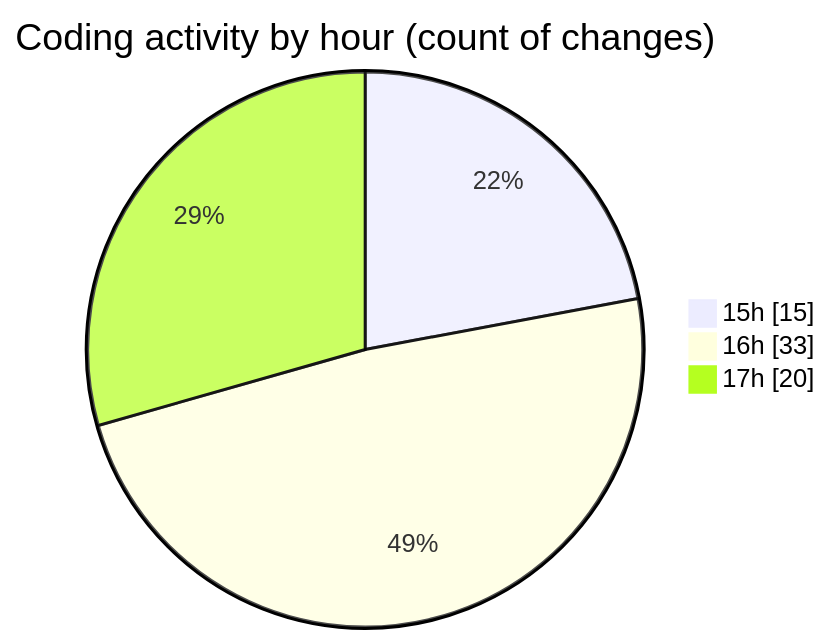
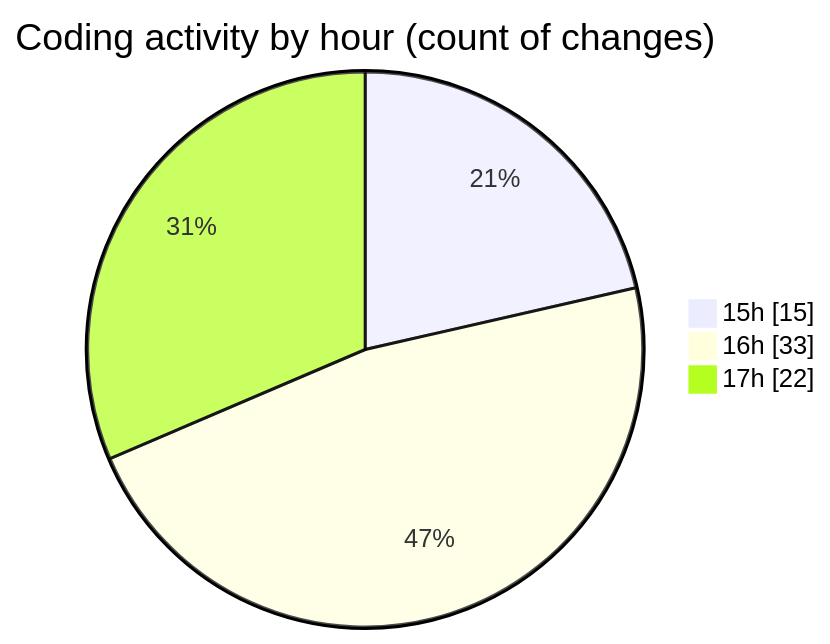
Before and after one commit to donsfak/code-tracking: the second of 2 diagrams in 2025-02-25/trackers_app/README.md, drawn with Mermaid. The commit also changed other lines of this file and 1 other file, not shown here.

````diff
--- a/2025-02-25/trackers_app/README.md
+++ b/2025-02-25/trackers_app/README.md
@@ -38,7 +38,7 @@
 ```mermaid
 pie showData
 title Coding activity by hour (count of changes)
 "15h" : 15
 "16h" : 33
-"17h" : 20
+"17h" : 22
 ```
````
